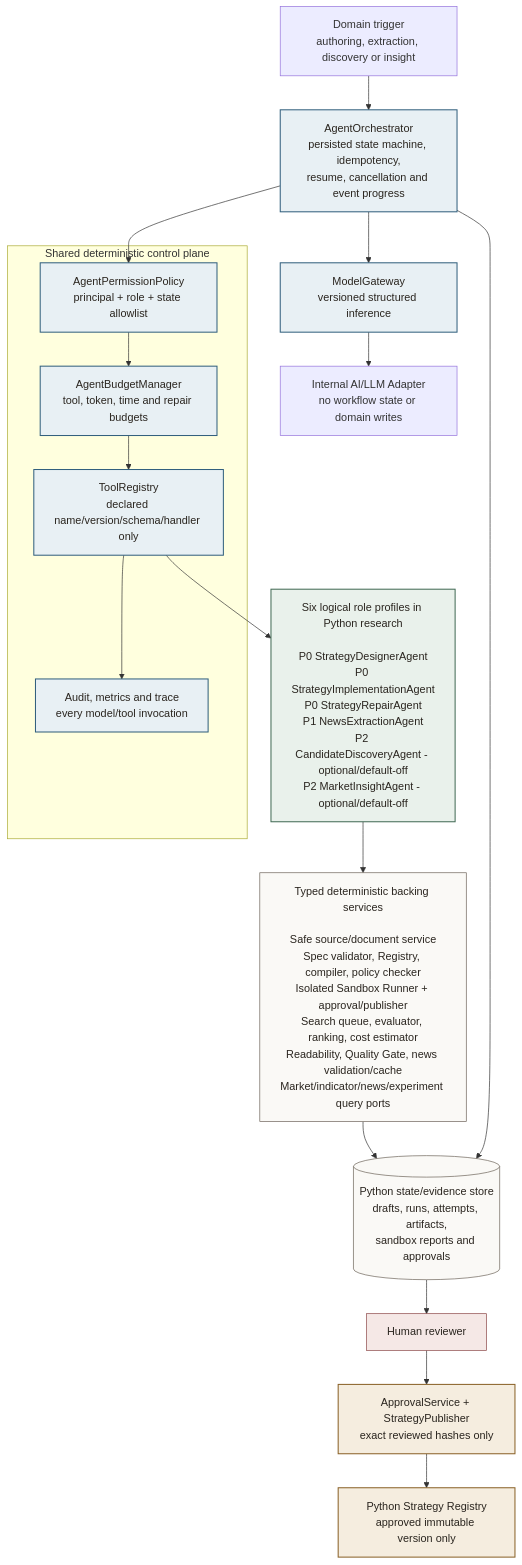
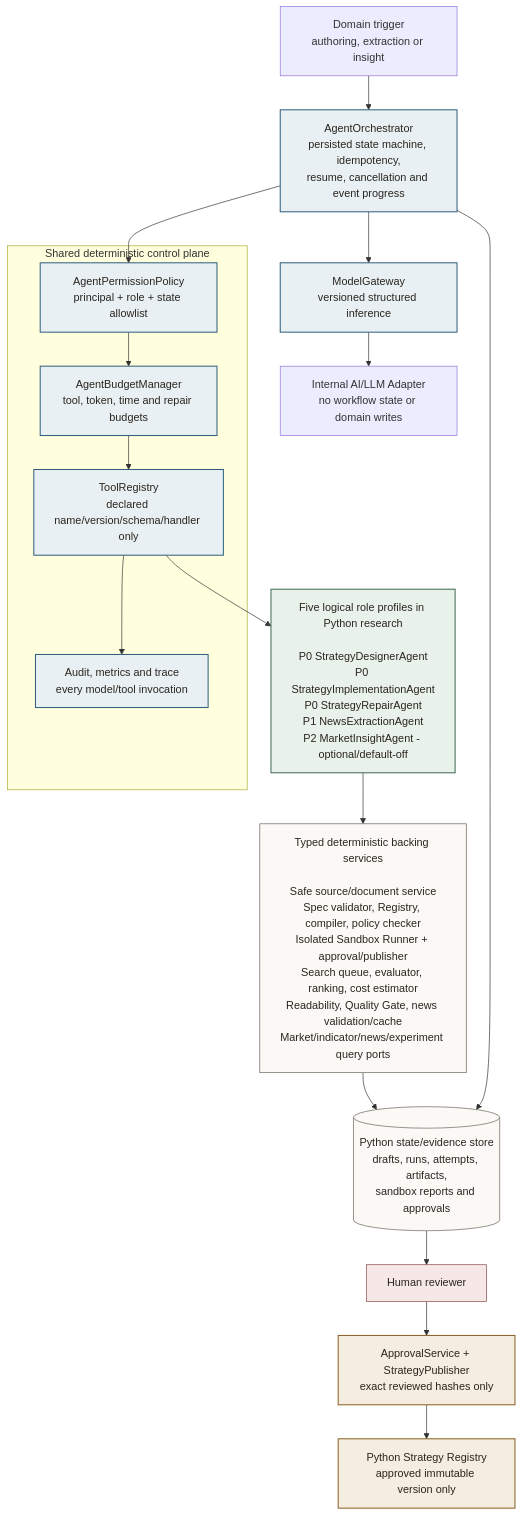
Before and after one commit to EnsoTech-Studio/CryptoBot: the diagram in blueprint/assets/diagrams/25-agent-platform-components.mmd, drawn with Mermaid. The commit also changed 69 other files, not shown here.

```diff
--- a/blueprint/assets/diagrams/25-agent-platform-components.mmd
+++ b/blueprint/assets/diagrams/25-agent-platform-components.mmd
@@ -1,37 +1,37 @@
 flowchart TB
-    Trigger["Domain trigger<br/>authoring, extraction, discovery or insight"]
+    Trigger["Domain trigger<br/>authoring, extraction or insight"]
     Orchestrator["AgentOrchestrator<br/>persisted state machine, idempotency,<br/>resume, cancellation and event progress"]
 
     subgraph Control["Shared deterministic control plane"]
         Permission["AgentPermissionPolicy<br/>principal + role + state allowlist"]
         Budget["AgentBudgetManager<br/>tool, token, time and repair budgets"]
         Tools["ToolRegistry<br/>declared name/version/schema/handler only"]
         Audit["Audit, metrics and trace<br/>every model/tool invocation"]
         Permission --> Budget --> Tools --> Audit
     end
 
-    Roles["Six logical role profiles in Python research<br/><br/>P0 StrategyDesignerAgent<br/>P0 StrategyImplementationAgent<br/>P0 StrategyRepairAgent<br/>P1 NewsExtractionAgent<br/>P2 CandidateDiscoveryAgent - optional/default-off<br/>P2 MarketInsightAgent - optional/default-off"]
+    Roles["Five logical role profiles in Python research<br/><br/>P0 StrategyDesignerAgent<br/>P0 StrategyImplementationAgent<br/>P0 StrategyRepairAgent<br/>P1 NewsExtractionAgent<br/>P2 MarketInsightAgent - optional/default-off"]
     Services["Typed deterministic backing services<br/><br/>Safe source/document service<br/>Spec validator, Registry, compiler, policy checker<br/>Isolated Sandbox Runner + approval/publisher<br/>Search queue, evaluator, ranking, cost estimator<br/>Readability, Quality Gate, news validation/cache<br/>Market/indicator/news/experiment query ports"]
     State[("Python state/evidence store<br/>drafts, runs, attempts, artifacts,<br/>sandbox reports and approvals")]
     ModelGateway["ModelGateway<br/>versioned structured inference"]
     AI["Internal AI/LLM Adapter<br/>no workflow state or domain writes"]
     Reviewer["Human reviewer"]
     Approval["ApprovalService + StrategyPublisher<br/>exact reviewed hashes only"]
     Registry["Python Strategy Registry<br/>approved immutable version only"]
 
     Trigger --> Orchestrator --> Permission
     Tools --> Roles --> Services --> State
     Orchestrator --> ModelGateway --> AI
     Orchestrator --> State
     State --> Reviewer --> Approval --> Registry
 
     classDef control fill:#e8f0f4,stroke:#315f7d,color:#2a251f,stroke-width:1.5px;
     classDef agent fill:#e9f1eb,stroke:#426b55,color:#2a251f,stroke-width:1.5px;
     classDef service fill:#faf9f6,stroke:#6b6258,color:#2a251f;
     classDef gate fill:#f5eddf,stroke:#8a6127,color:#2a251f,stroke-width:1.5px;
     classDef human fill:#f5e8e6,stroke:#8a4545,color:#2a251f;
     class Orchestrator,Permission,Budget,Tools,Audit,ModelGateway control;
     class Roles agent;
     class Services,State service;
     class Approval,Registry gate;
     class Reviewer human;
```
